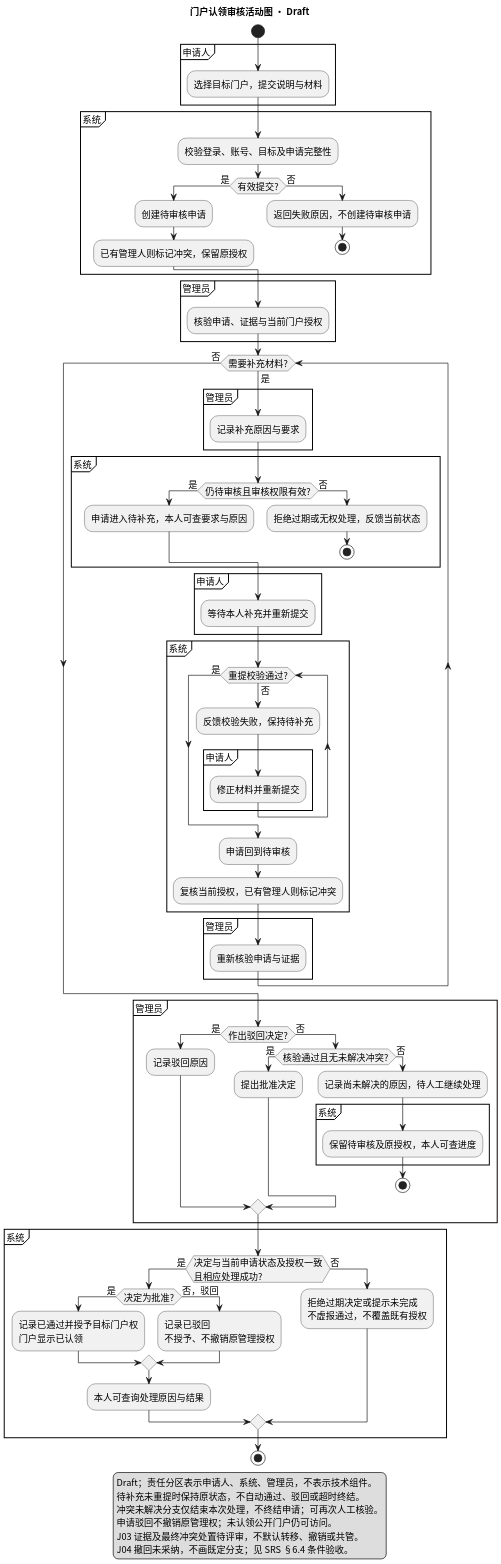
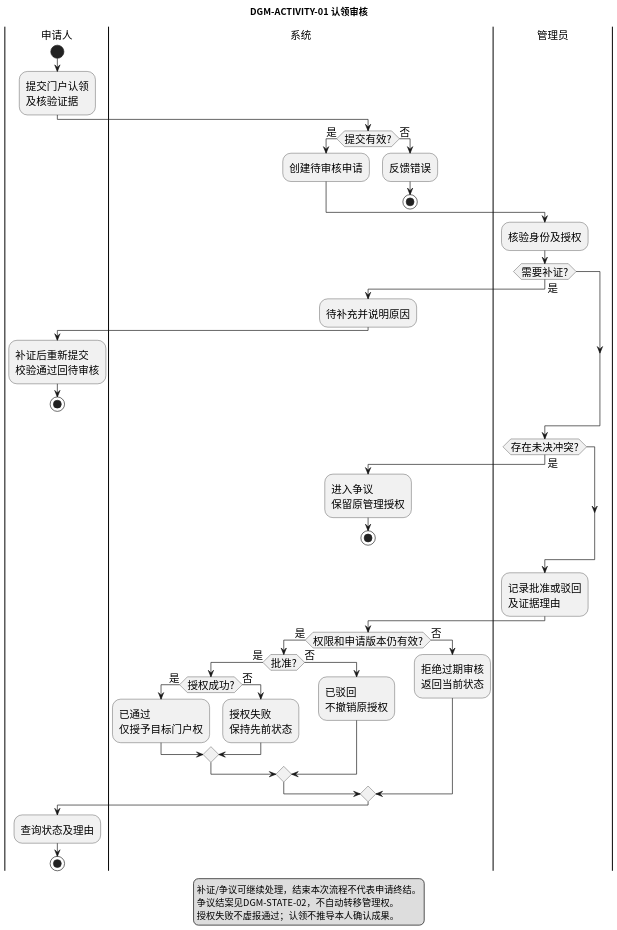
The diagram in docs/uml/claim/DGM-ACTIVITY-01-claim-review.puml (CognitaNexus/CognitaNexus), drawn with PlantUML before and after one commit. The commit also changed 49 other files, not shown here.

```diff
--- a/docs/uml/claim/DGM-ACTIVITY-01-claim-review.puml
+++ b/docs/uml/claim/DGM-ACTIVITY-01-claim-review.puml
@@ -1,94 +1,57 @@
 @startuml
 skinparam monochrome true
 skinparam shadowing false
 skinparam defaultFontName "Noto Sans CJK SC"
+skinparam defaultFontSize 16
 skinparam dpi 150
-
-' DGM-ACTIVITY-01; Draft; 唯一维护源，SVG 由 PlantUML 生成。
-' 依据：docs/srs/modules/scholar-claim.md §6.1、§6.3；FR05-S01～S07。
-' 渲染：plantuml -charset UTF-8 -tsvg -o generated docs/uml/claim/DGM-ACTIVITY-01-claim-review.puml
-skinparam defaultFontSize 14
-title 门户认领审核活动图 · Draft
+title DGM-ACTIVITY-01 认领审核
+|申请人|
 start
-partition "申请人" {
-  :选择目标门户，提交说明与材料;
-}
-partition "系统" {
-  :校验登录、账号、目标及申请完整性;
-  if (有效提交?) then (是)
-    :创建待审核申请;
-    :已有管理人则标记冲突，保留原授权;
+:提交门户认领\n及核验证据;
+|系统|
+if (提交有效?) then (是)
+ :创建待审核申请;
+else (否)
+ :反馈错误;
+ stop
+endif
+|管理员|
+:核验身份及授权;
+if (需要补证?) then (是)
+ |系统|
+ :待补充并说明原因;
+ |申请人|
+ :补证后重新提交\n校验通过回待审核;
+ stop
+endif
+|管理员|
+if (存在未决冲突?) then (是)
+ |系统|
+ :进入争议\n保留原管理授权;
+ stop
+endif
+|管理员|
+:记录批准或驳回\n及证据理由;
+|系统|
+if (权限和申请版本仍有效?) then (是)
+ if (批准?) then (是)
+  if (授权成功?) then (是)
+   :已通过\n仅授予目标门户权;
   else (否)
-    :返回失败原因，不创建待审核申请;
-    stop
+   :授权失败\n保持先前状态;
   endif
-}
-partition "管理员" {
-  :核验申请、证据与当前门户授权;
-}
-while (需要补充材料?) is (是)
-  partition "管理员" {
-    :记录补充原因与要求;
-  }
-  partition "系统" {
-    if (仍待审核且审核权限有效?) then (是)
-      :申请进入待补充，本人可查要求与原因;
-    else (否)
-      :拒绝过期或无权处理，反馈当前状态;
-      stop
-    endif
-  }
-  partition "申请人" {
-    :等待本人补充并重新提交;
-  }
-  partition "系统" {
-    while (重提校验通过?) is (否)
-      :反馈校验失败，保持待补充;
-      partition "申请人" {
-        :修正材料并重新提交;
-      }
-    endwhile (是)
-    :申请回到待审核;
-    :复核当前授权，已有管理人则标记冲突;
-  }
-  partition "管理员" {
-    :重新核验申请与证据;
-  }
-endwhile (否)
-partition "管理员" {
-  if (作出驳回决定?) then (是)
-    :记录驳回原因;
-  else (否)
-    if (核验通过且无未解决冲突?) then (是)
-      :提出批准决定;
-    else (否)
-      :记录尚未解决的原因，待人工继续处理;
-      partition "系统" {
-        :保留待审核及原授权，本人可查进度;
-      }
-      stop
-    endif
-  endif
-}
-partition "系统" {
-  if (决定与当前申请状态及授权一致\n且相应处理成功?) then (是)
-    if (决定为批准?) then (是)
-      :记录已通过并授予目标门户权\n门户显示已认领;
-    else (否，驳回)
-      :记录已驳回\n不授予、不撤销原管理授权;
-    endif
-    :本人可查询处理原因与结果;
-  else (否)
-    :拒绝过期决定或提示未完成\n不虚报通过，不覆盖既有授权;
-  endif
-}
+ else (否)
+  :已驳回\n不撤销原授权;
+ endif
+else (否)
+ :拒绝过期审核\n返回当前状态;
+endif
+|申请人|
+:查询状态及理由;
 stop
 legend bottom
-  Draft；责任分区表示申请人、系统、管理员，不表示技术组件。
-  待补充未重提时保持原状态，不自动通过、驳回或超时终结。
-  冲突未解决分支仅结束本次处理，不终结申请；可再次人工核验。
-  申请驳回不撤销原管理权；未认领公开门户仍可访问。
-  J03 证据及最终冲突处置待评审，不默认转移、撤销或共管。
-  J04 撤回未采纳，不画既定分支；见 SRS §6.4 条件验收。
+  补证/争议可继续处理，结束本次流程不代表申请终结。
+  争议结案见DGM-STATE-02，不自动转移管理权。
+  授权失败不虚报通过；认领不推导本人确认成果。
 endlegend
 @enduml
```
